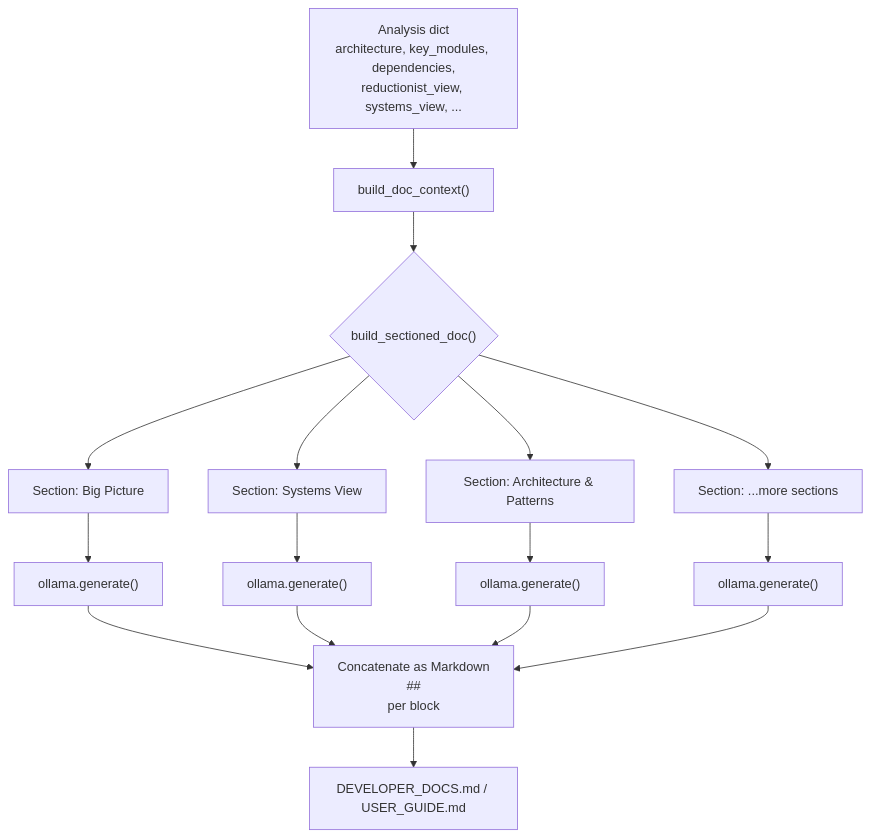
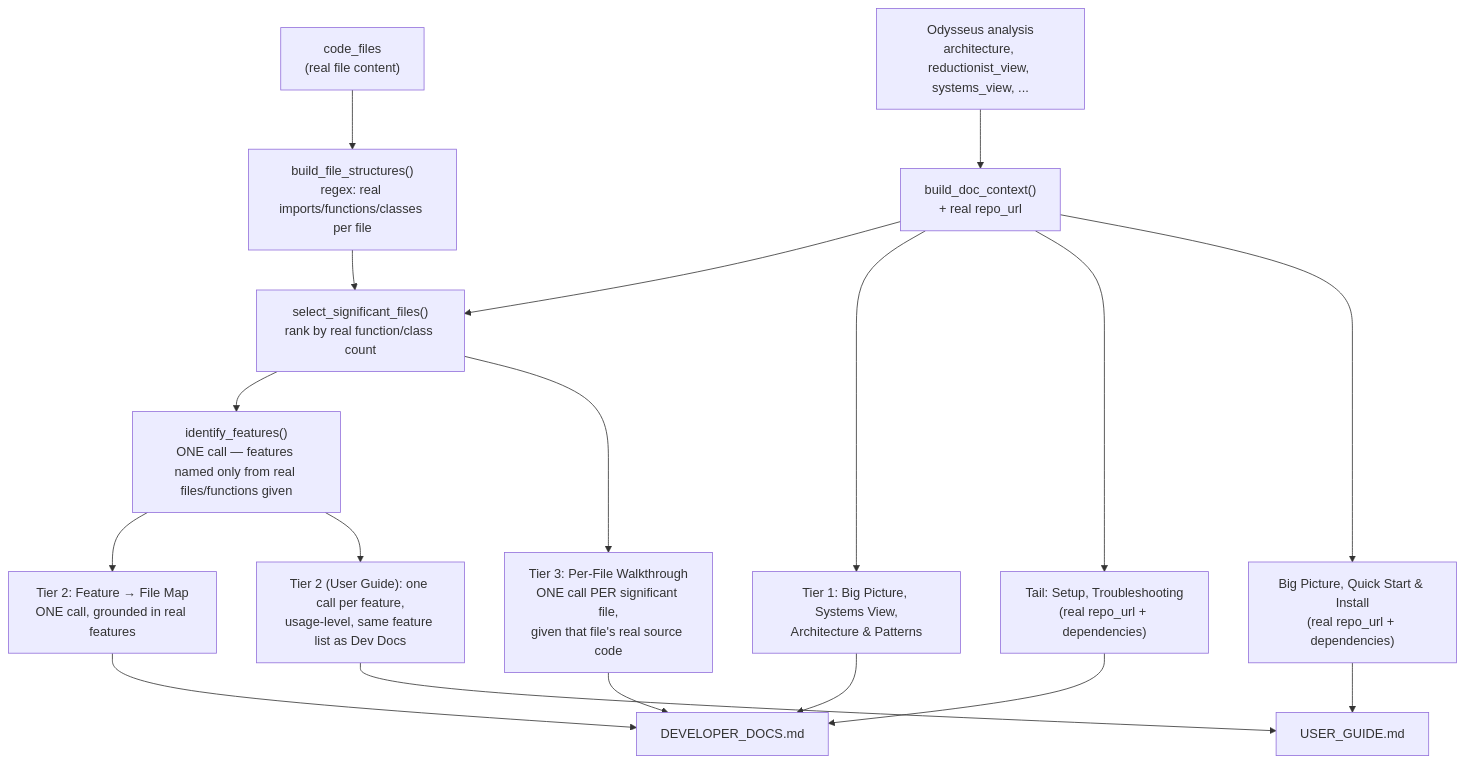
One commit to ds-madhavan-ramani/code-base-documentation changed the diagram in README.md. Above: the diagram before and after it, drawn with Mermaid. The commit also changed other lines of this file and 5 other files, not shown here.

````diff
--- a/README.md
+++ b/README.md
@@ -134,18 +146,23 @@
 ```mermaid
 flowchart TD
-    A["Analysis dict<br/>architecture, key_modules, dependencies,<br/>reductionist_view, systems_view, ..."] --> B["build_doc_context()"]
-    B --> C{"build_sectioned_doc()"}
-    C --> S1["Section: Big Picture"]
-    C --> S2["Section: Systems View"]
-    C --> S3["Section: Architecture & Patterns"]
-    C --> S4["Section: ...more sections"]
-    S1 --> G1["ollama.generate()"]
-    S2 --> G2["ollama.generate()"]
-    S3 --> G3["ollama.generate()"]
-    S4 --> G4["ollama.generate()"]
-    G1 --> D["Concatenate as Markdown<br/>## <section title> per block"]
-    G2 --> D
-    G3 --> D
-    G4 --> D
-    D --> E["DEVELOPER_DOCS.md / USER_GUIDE.md"]
+    CF["code_files<br/>(real file content)"] --> FS["build_file_structures()<br/>regex: real imports/functions/classes per file"]
+    A["Odysseus analysis<br/>architecture, reductionist_view, systems_view, ..."] --> CTX["build_doc_context()<br/>+ real repo_url"]
+    FS --> SIG["select_significant_files()<br/>rank by real function/class count"]
+    CTX --> SIG
+    SIG --> FEAT["identify_features()<br/>ONE call — features named only from real files/functions given"]
+
+    CTX --> T1["Tier 1: Big Picture, Systems View,<br/>Architecture & Patterns"]
+    FEAT --> T2["Tier 2: Feature → File Map<br/>ONE call, grounded in real features"]
+    SIG --> T3["Tier 3: Per-File Walkthrough<br/>ONE call PER significant file,<br/>given that file's real source code"]
+    CTX --> TAIL["Tail: Setup, Troubleshooting<br/>(real repo_url + dependencies)"]
+
+    T1 --> DEV["DEVELOPER_DOCS.md"]
+    T2 --> DEV
+    T3 --> DEV
+    TAIL --> DEV
+
+    FEAT --> UFEAT["Tier 2 (User Guide): one call per feature,<br/>usage-level, same feature list as Dev Docs"]
+    CTX --> UHEAD["Big Picture, Quick Start & Install<br/>(real repo_url + dependencies)"]
+    UHEAD --> USER["USER_GUIDE.md"]
+    UFEAT --> USER
 ```
````
